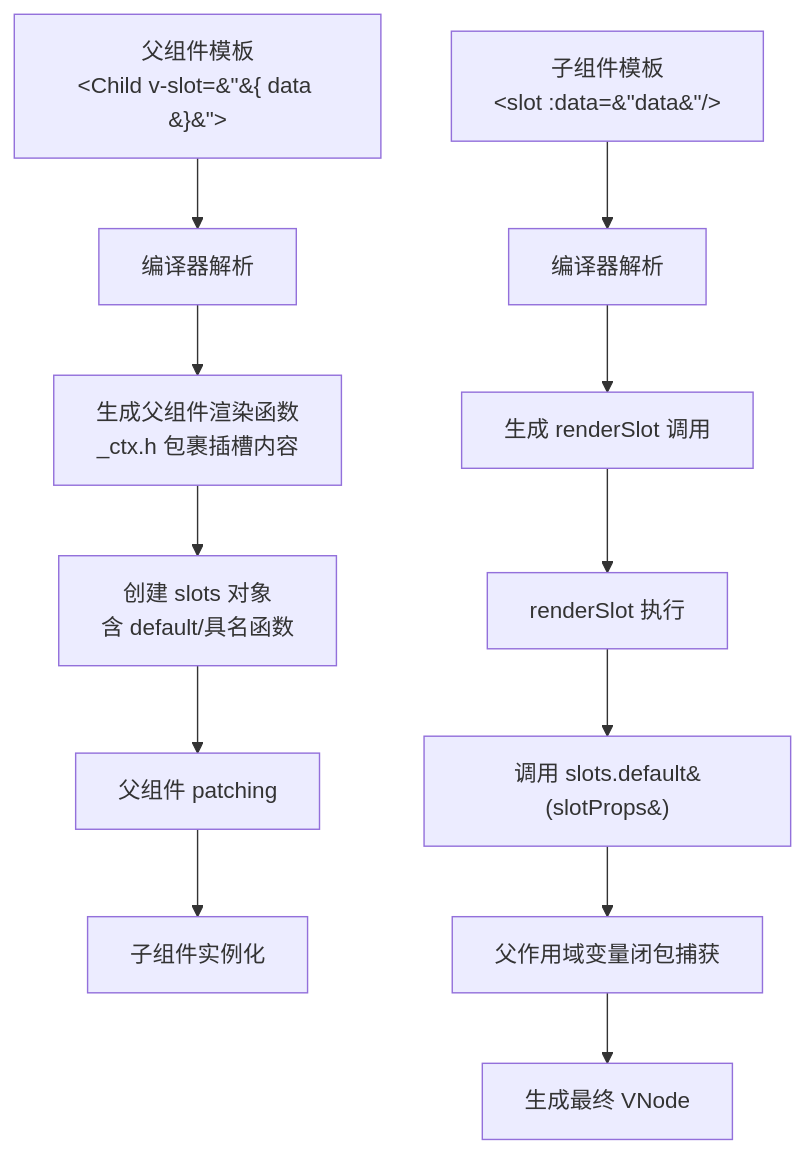
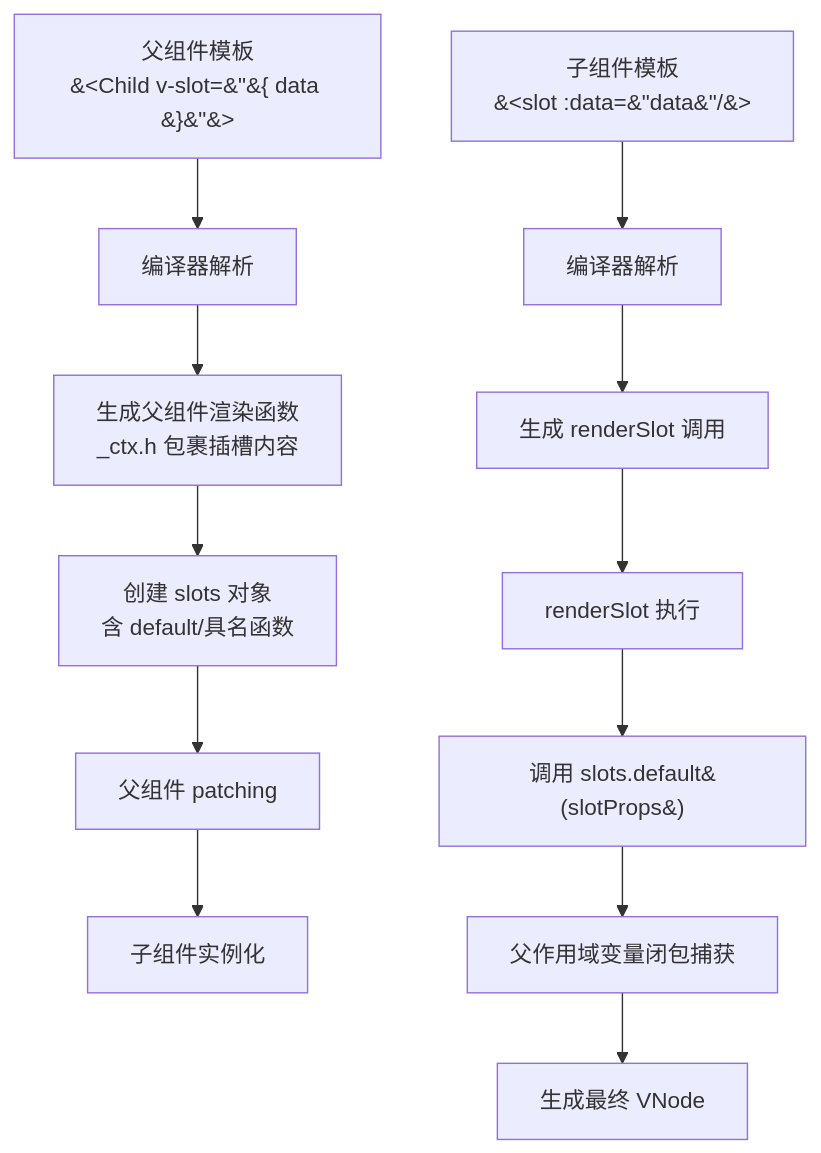
Before and after one commit to zhangzhengyang27/tech-codex: the first of 10 diagrams in docs/04-前端/06-vue3/01-vue3文档/01-核心基础/13-插槽与依赖注入.md, drawn with Mermaid. The commit also changed 195 other files, not shown here.

````diff
--- a/docs/04-前端/06-vue3/01-vue3文档/01-核心基础/13-插槽与依赖注入.md
+++ b/docs/04-前端/06-vue3/01-vue3文档/01-核心基础/13-插槽与依赖注入.md
@@ -128,16 +128,16 @@
 ```mermaid
 flowchart TD
-    A[父组件模板<br>&lt;Child v-slot=&#34;&#123; data &#125;&#34;&gt;] --> B[编译器解析]
+    A[父组件模板<br>&#60;Child v-slot=&#34;&#123; data &#125;&#34;&#62;] --> B[编译器解析]
     B --> C[生成父组件渲染函数<br>_ctx.h 包裹插槽内容]
     C --> D[创建 slots 对象<br>含 default/具名函数]
     
-    E[子组件模板<br>&lt;slot :data=&#34;data&#34;/&gt;] --> F[编译器解析]
+    E[子组件模板<br>&#60;slot :data=&#34;data&#34;/&#62;] --> F[编译器解析]
     F --> G[生成 renderSlot 调用]
     
     D --> H[父组件 patching]
     H --> I[子组件实例化]
     G --> J[renderSlot 执行]
     J --> K[调用 slots.default&#40;slotProps&#41;]
     K --> L[父作用域变量闭包捕获]
     L --> M[生成最终 VNode]
 ```
````
